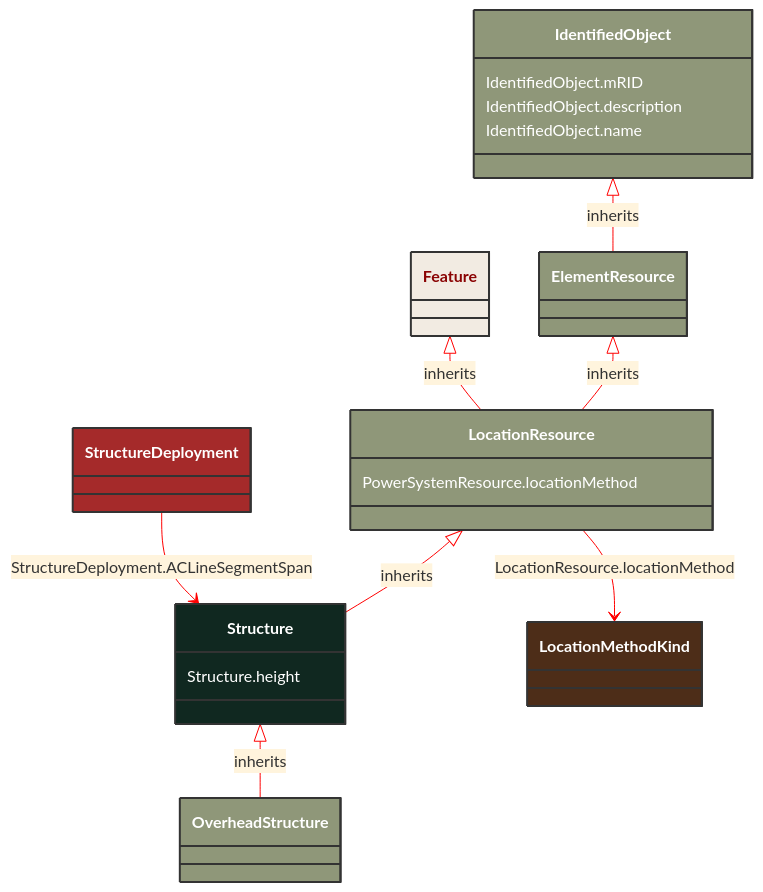
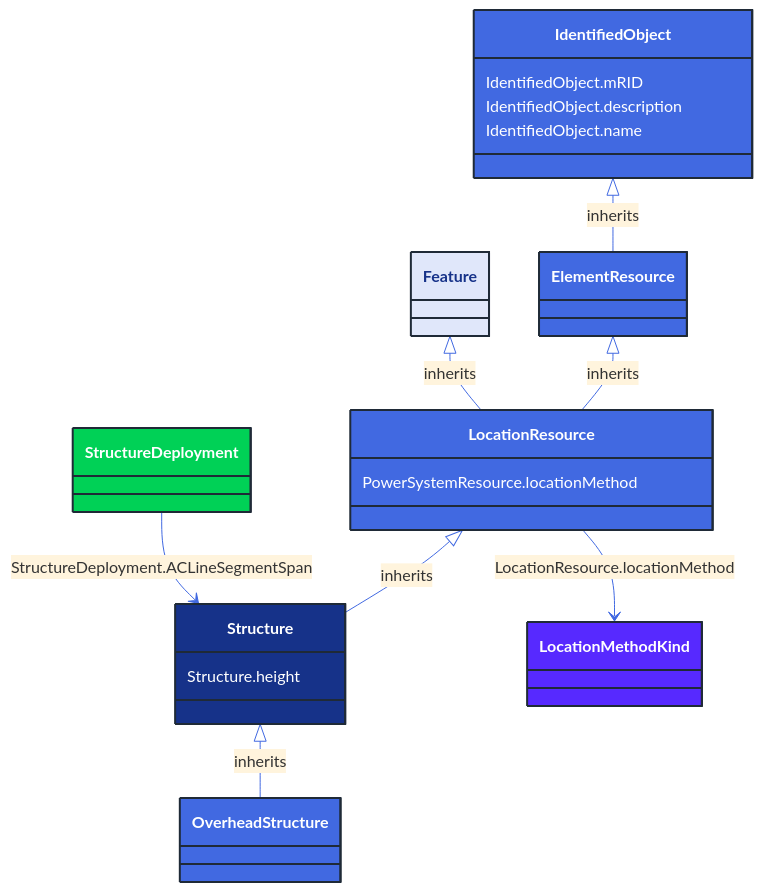
Before and after one commit to 3lbits/NoCIMExtensions: the diagram in docs/Models/Profiles/AviationObstacle/AbstractClasses/Structure.md, drawn with Mermaid. The commit also changed 362 other files, not shown here.

First line of the commit message:
Update diagrams and styles for improved visual consistency

````diff
--- a/docs/Models/Profiles/AviationObstacle/AbstractClasses/Structure.md
+++ b/docs/Models/Profiles/AviationObstacle/AbstractClasses/Structure.md
@@ -10,48 +10,48 @@
 ```mermaid
-%%{init: {'theme':'base','themeVariables': {'lineColor': '#FF0000'}}}%%
+%%{init: {'theme':'base','themeVariables': {'lineColor': '#4169E1'}}}%%
 classDiagram
     class Structure
     click Structure href "/Models/Profiles/AviationObstacle/AbstractClasses/Structure/"
-    style Structure fill:#102820,stroke:#333,stroke-width:2px,rx:10,ry:10,color:white
+    style Structure fill:#163289,stroke:#1F2A37,stroke-width:2px,rx:10,ry:10,color:white
 
         Structure <|-- OverheadStructure : inherits
 
         OverheadStructure
             click OverheadStructure href "/Models/Profiles/AviationObstacle/ConcreteClasses/OverheadStructure/"
-            style OverheadStructure fill:#8F9779,stroke:#333,stroke-width:2px,rx:10,ry:10,color:white
+            style OverheadStructure fill:#4169E1,stroke:#1F2A37,stroke-width:2px,rx:10,ry:10,color:white
      
         LocationResource <|-- Structure : inherits
             click LocationResource href "/Models/Profiles/AviationObstacle/AbstractClasses/LocationResource/"
-            style LocationResource fill:#8F9779,stroke:#333,stroke-width:2px,rx:10,ry:10,color:white
+            style LocationResource fill:#4169E1,stroke:#1F2A37,stroke-width:2px,rx:10,ry:10,color:white
      
         ElementResource <|-- LocationResource : inherits
             click ElementResource href "/Models/Profiles/AviationObstacle/AbstractClasses/ElementResource/"
-            style ElementResource fill:#8F9779,stroke:#333,stroke-width:2px,rx:10,ry:10,color:white
+            style ElementResource fill:#4169E1,stroke:#1F2A37,stroke-width:2px,rx:10,ry:10,color:white
      
         IdentifiedObject <|-- ElementResource : inherits
             click IdentifiedObject href "/Models/Profiles/AviationObstacle/AbstractClasses/IdentifiedObject/"
-            style IdentifiedObject fill:#8F9779,stroke:#333,stroke-width:2px,rx:10,ry:10,color:white
+            style IdentifiedObject fill:#4169E1,stroke:#1F2A37,stroke-width:2px,rx:10,ry:10,color:white
 
         Feature <|-- LocationResource : inherits
             click Feature href "/Models/Profiles/AviationObstacle/AbstractClasses/Feature/"
-            style Feature fill:#F2EBE2,stroke:#333,stroke-width:2px,rx:10,ry:10,color:#8A0303
+            style Feature fill:#E0E7FA,stroke:#1F2A37,stroke-width:2px,rx:10,ry:10,color:#163289
 
 
         StructureDeployment --> Structure : StructureDeployment.ACLineSegmentSpan
 
         StructureDeployment
             click StructureDeployment href "/Models/Profiles/AviationObstacle/ConcreteClasses/StructureDeployment/"
-            style StructureDeployment fill:#A52A2A,stroke:#333,stroke-width:2px,rx:10,ry:10,color:white
+            style StructureDeployment fill:#00D156,stroke:#1F2A37,stroke-width:2px,rx:10,ry:10,color:white
 
         LocationResource --> LocationMethodKind : LocationResource.locationMethod
 
         LocationMethodKind
             click LocationMethodKind href "/Models/Profiles/AviationObstacle/Enumerations/LocationMethodKind/"
-            style LocationMethodKind fill:#4D2D18,stroke:#333,stroke-width:2px,rx:10,ry:10,color:white
+            style LocationMethodKind fill:#5729FF,stroke:#1F2A37,stroke-width:2px,rx:10,ry:10,color:white
 
         Structure : Structure.height
         LocationResource : PowerSystemResource.locationMethod
         IdentifiedObject : IdentifiedObject.mRID
         IdentifiedObject : IdentifiedObject.description
         IdentifiedObject : IdentifiedObject.name
 ```
````
